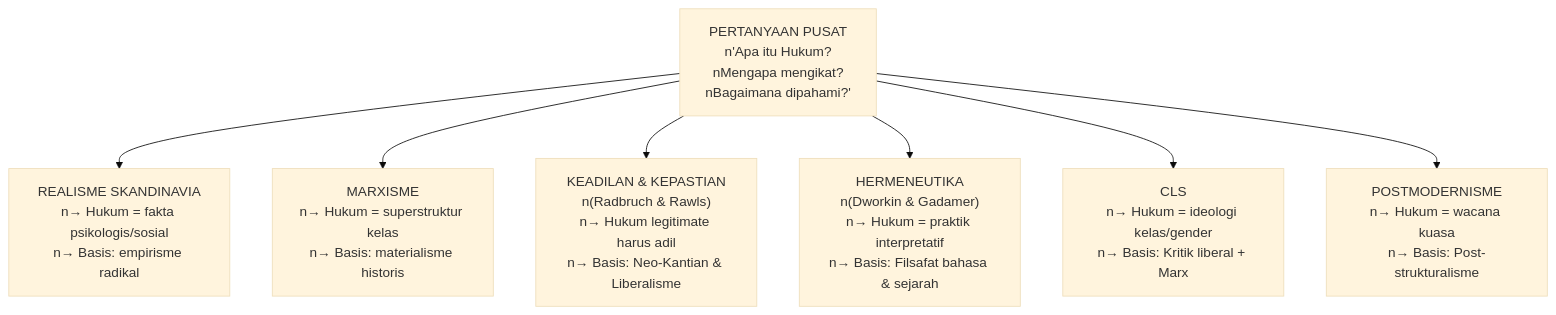
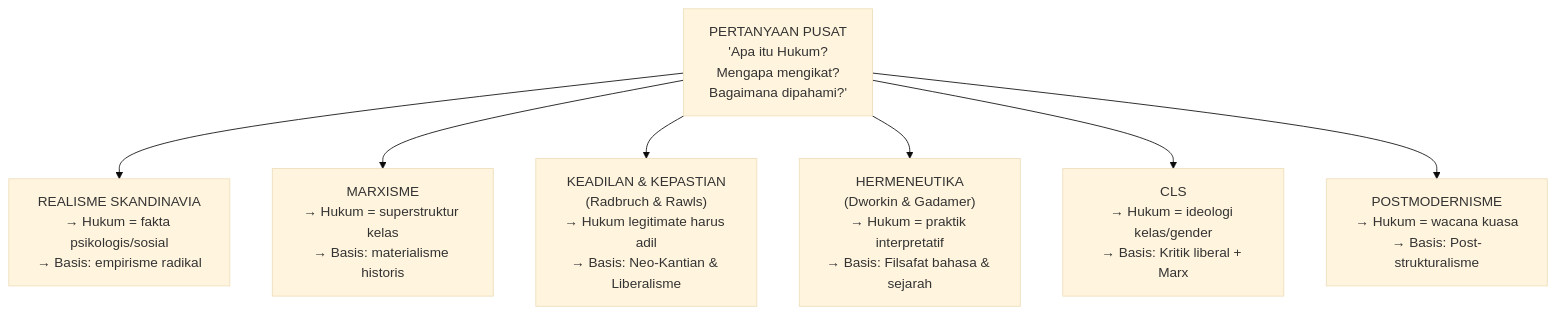
The tenth of 10 diagrams in content/Lectures/filsafat-hukum-postmidterm.md (hifdzimaulana/beate-vivere), drawn with Mermaid (base theme) before and after one commit. The commit also changed other lines of this file and 1 other file, not shown here.

````diff
--- a/content/Lectures/filsafat-hukum-postmidterm.md
+++ b/content/Lectures/filsafat-hukum-postmidterm.md
@@ -896,18 +874,18 @@
 ```mermaid
 graph TD
-    PUSAT["PERTANYAAN PUSAT<br/>n'Apa itu Hukum?<br/>nMengapa mengikat?<br/>nBagaimana dipahami?'"]
+    PUSAT["PERTANYAAN PUSAT</br>'Apa itu Hukum?</br>Mengapa mengikat?</br>Bagaimana dipahami?'"]
 
-    R_SKAND["REALISME SKANDINAVIA<br/>n→ Hukum = fakta psikologis/sosial<br/>n→ Basis: empirisme radikal"]
-    MARXISME["MARXISME<br/>n→ Hukum = superstruktur kelas<br/>n→ Basis: materialisme historis"]
-    KEA_KEP["KEADILAN & KEPASTIAN<br/>n(Radbruch & Rawls)<br/>n→ Hukum legitimate harus adil<br/>n→ Basis: Neo-Kantian & Liberalisme"]
-    HERMEN["HERMENEUTIKA<br/>n(Dworkin & Gadamer)<br/>n→ Hukum = praktik interpretatif<br/>n→ Basis: Filsafat bahasa & sejarah"]
-    CLS["CLS<br/>n→ Hukum = ideologi kelas/gender<br/>n→ Basis: Kritik liberal + Marx"]
-    POSTMOD["POSTMODERNISME<br/>n→ Hukum = wacana kuasa<br/>n→ Basis: Post-strukturalisme"]
+    R_SKAND["REALISME SKANDINAVIA</br>→ Hukum = fakta psikologis/sosial</br>→ Basis: empirisme radikal"]
+    MARXISME["MARXISME</br>→ Hukum = superstruktur kelas</br>→ Basis: materialisme historis"]
+    KEA_KEP["KEADILAN & KEPASTIAN</br>(Radbruch & Rawls)</br>→ Hukum legitimate harus adil</br>→ Basis: Neo-Kantian & Liberalisme"]
+    HERMEN["HERMENEUTIKA</br>(Dworkin & Gadamer)</br>→ Hukum = praktik interpretatif</br>→ Basis: Filsafat bahasa & sejarah"]
+    CLS["CLS</br>→ Hukum = ideologi kelas/gender</br>→ Basis: Kritik liberal + Marx"]
+    POSTMOD["POSTMODERNISME</br>→ Hukum = wacana kuasa</br>→ Basis: Post-strukturalisme"]
 
     PUSAT --> R_SKAND
     PUSAT --> MARXISME
     PUSAT --> KEA_KEP
     PUSAT --> HERMEN
     PUSAT --> CLS
     PUSAT --> POSTMOD
 ```
````
